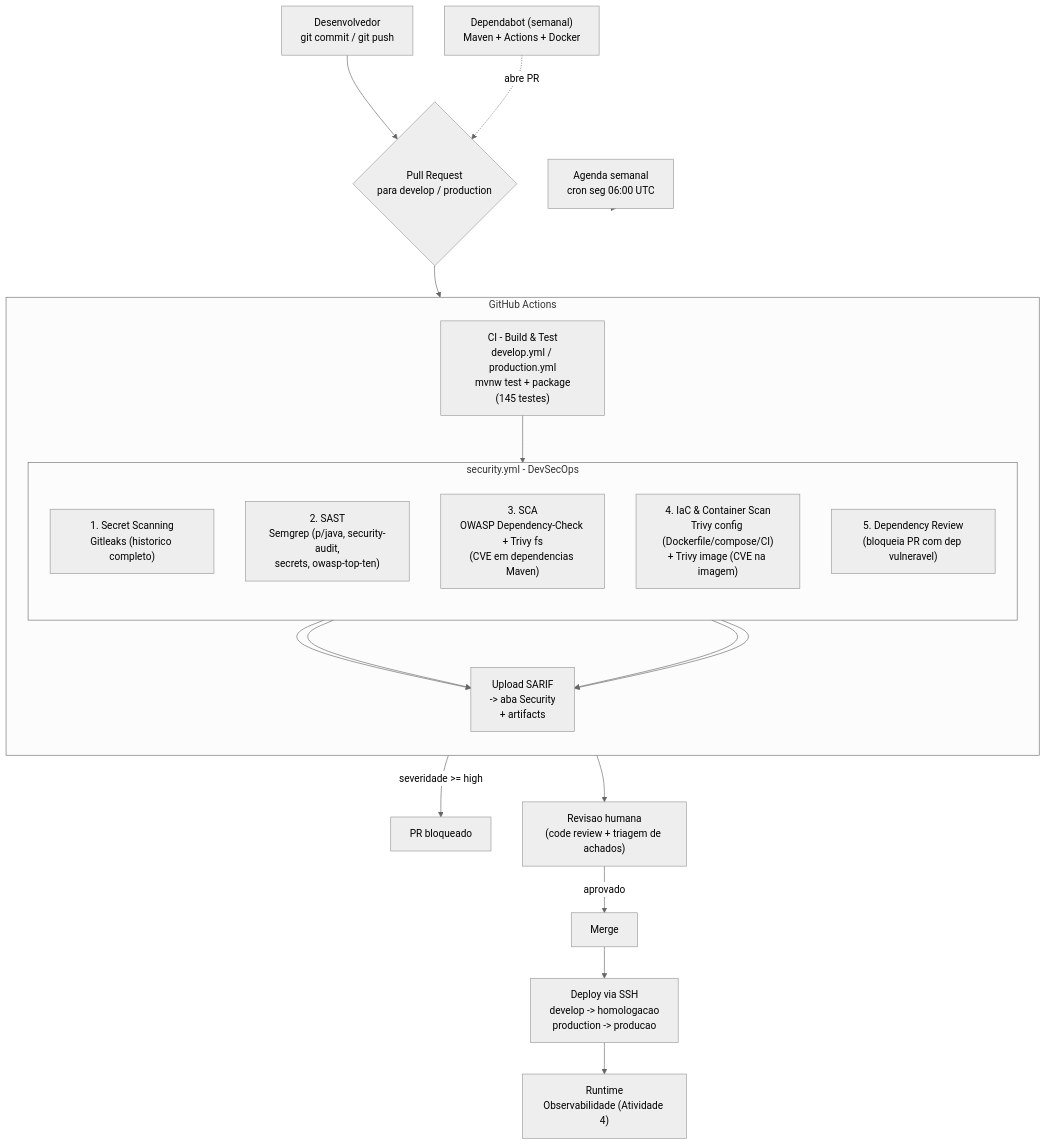
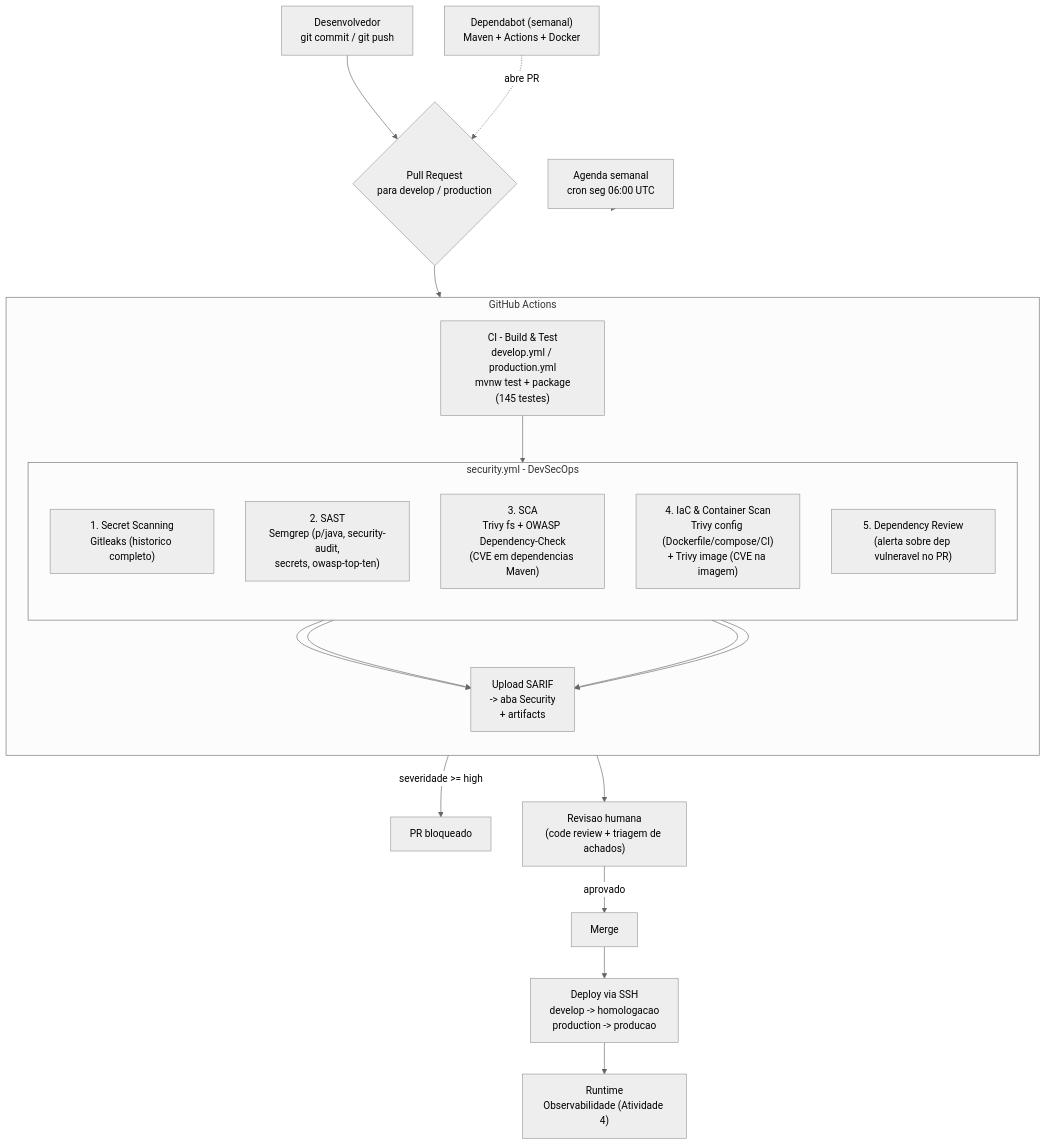
One commit to FORD-FIAP/rivaIA-backend changed the second of 3 diagrams in docs/SPRINT3_DEVSECOPS.md. Above: the diagram before and after it, drawn with Mermaid (neutral theme). The commit also changed other lines of this file and 2 other files, not shown here.

````diff
--- a/docs/SPRINT3_DEVSECOPS.md
+++ b/docs/SPRINT3_DEVSECOPS.md
@@ -45,34 +45,34 @@
 ```mermaid
 flowchart TD
     DEV["Desenvolvedor\ngit commit / git push"] --> PR{"Pull Request\npara develop / production"}
 
     subgraph CI["GitHub Actions"]
         direction TB
         BUILD["CI - Build & Test\ndevelop.yml / production.yml\nmvnw test + package\n(145 testes)"]
 
         subgraph SEC["security.yml - DevSecOps"]
             direction TB
             SECRET["1. Secret Scanning\nGitleaks (historico completo)"]
             SAST["2. SAST\nSemgrep (p/java, security-audit,\nsecrets, owasp-top-ten)"]
-            SCA["3. SCA\nOWASP Dependency-Check + Trivy fs\n(CVE em dependencias Maven)"]
+            SCA["3. SCA\nTrivy fs + OWASP Dependency-Check\n(CVE em dependencias Maven)"]
             IAC["4. IaC & Container Scan\nTrivy config (Dockerfile/compose/CI)\n+ Trivy image (CVE na imagem)"]
-            DREV["5. Dependency Review\n(bloqueia PR com dep vulneravel)"]
+            DREV["5. Dependency Review\n(alerta sobre dep vulneravel no PR)"]
         end
 
         BUILD --> SEC
         SECRET --> SARIF["Upload SARIF\n-> aba Security\n+ artifacts"]
         SAST --> SARIF
         SCA --> SARIF
         IAC --> SARIF
     end
 
     PR --> CI
     DREV -->|"severidade >= high"| BLOCK["PR bloqueado"]
     SARIF --> REVIEW["Revisao humana\n(code review + triagem de achados)"]
     REVIEW -->|"aprovado"| MERGE["Merge"]
     MERGE --> DEPLOY["Deploy via SSH\ndevelop -> homologacao\nproduction -> producao"]
     DEPLOY --> RUNTIME["Runtime\nObservabilidade (Atividade 4)"]
 
     DEPENDABOT["Dependabot (semanal)\nMaven + Actions + Docker"] -.->|"abre PR"| PR
     SCHED["Agenda semanal\ncron seg 06:00 UTC"] -.-> SEC
 ```
````
